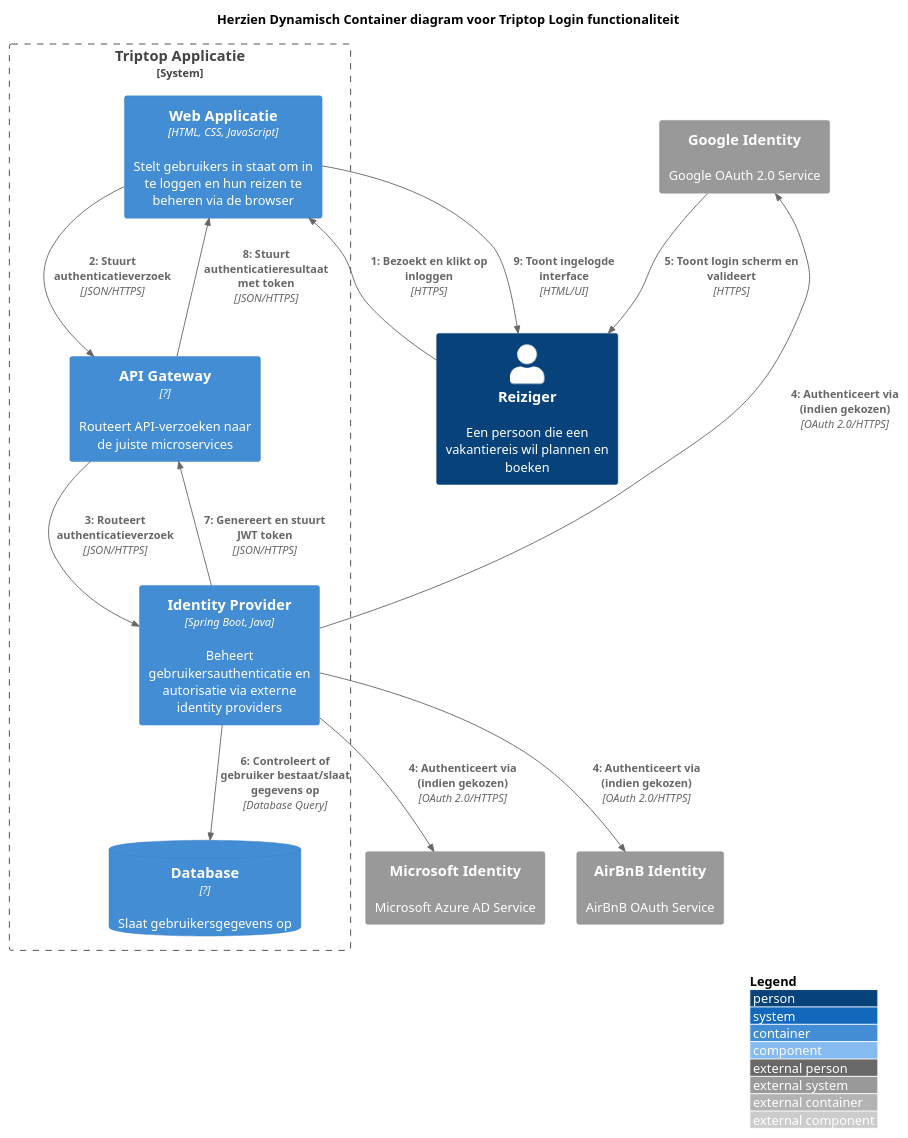
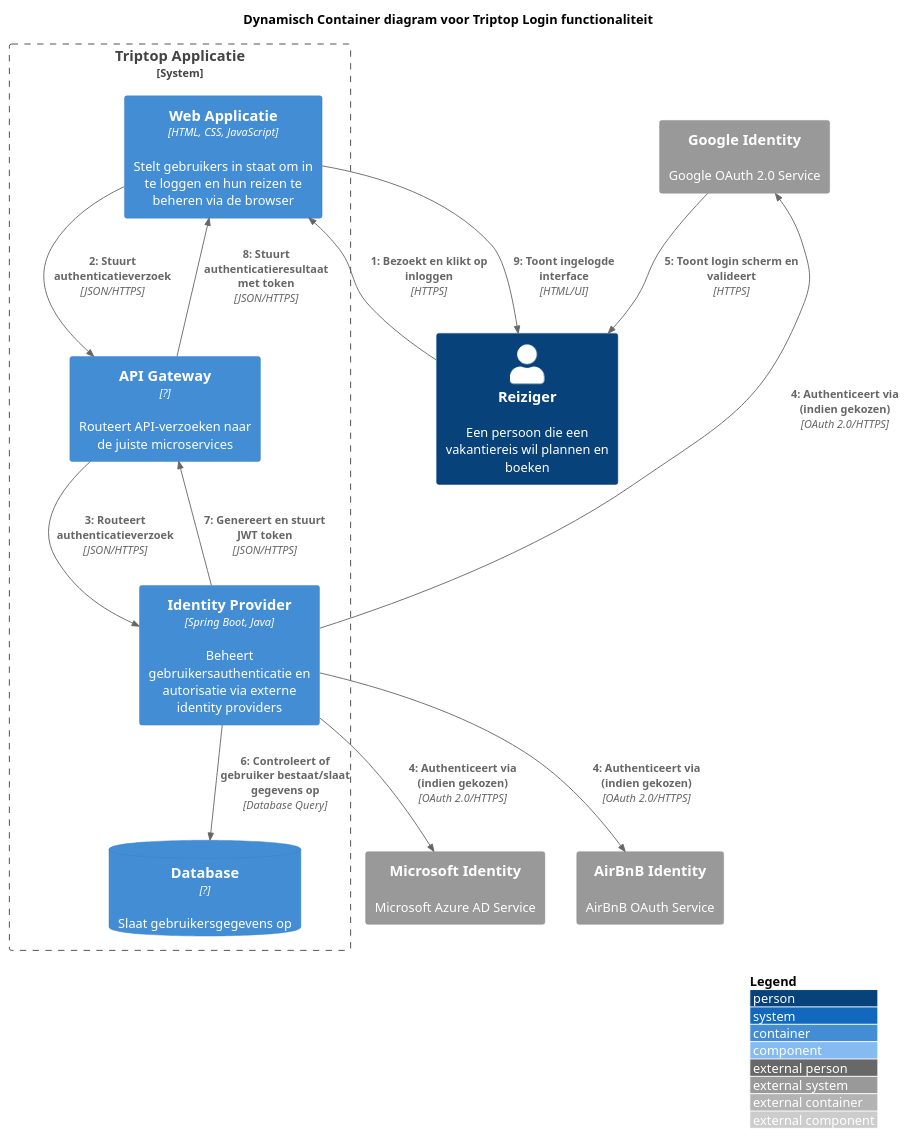
The diagram in oefeningen/logincontainer.puml (AIM-ENE-feb25/triptop-groep-5), drawn with PlantUML before and after one commit.

Commit message:
changed title

```diff
--- a/oefeningen/logincontainer.puml
+++ b/oefeningen/logincontainer.puml
@@ -1,38 +1,38 @@
 @startuml "Triptop Login - Herzien Dynamisch Container Diagram"
 !include https://raw.githubusercontent.com/plantuml-stdlib/C4-PlantUML/master/C4_Container.puml
 !include https://raw.githubusercontent.com/plantuml-stdlib/C4-PlantUML/master/C4_Dynamic.puml
 
 LAYOUT_WITH_LEGEND()
 
-title Herzien Dynamisch Container diagram voor Triptop Login functionaliteit
+title Dynamisch Container diagram voor Triptop Login functionaliteit
 
 Person(reiziger, "Reiziger", "Een persoon die een vakantiereis wil plannen en boeken")
 
 System_Boundary(triptopSysteem, "Triptop Applicatie") {
     Container(webApp, "Web Applicatie", "HTML, CSS, JavaScript", "Stelt gebruikers in staat om in te loggen en hun reizen te beheren via de browser")
 
     Container(apiGateway, "API Gateway", "?", "Routeert API-verzoeken naar de juiste microservices")
 
     Container(identityProvider, "Identity Provider", "Spring Boot, Java", "Beheert gebruikersauthenticatie en autorisatie via externe identity providers")
 
     ContainerDb(Db, "Database", "?", "Slaat gebruikersgegevens op")
 }
 
 System_Ext(googleIdentity, "Google Identity", "Google OAuth 2.0 Service")
 System_Ext(microsoftIdentity, "Microsoft Identity", "Microsoft Azure AD Service")
 System_Ext(airbnbIdentity, "AirBnB Identity", "AirBnB OAuth Service")
 
 ' Dynamische interacties met nummering om de volgorde aan te geven
 RelIndex(1, reiziger, webApp, "Bezoekt en klikt op inloggen", "HTTPS")
 RelIndex(2, webApp, apiGateway, "Stuurt authenticatieverzoek", "JSON/HTTPS")
 RelIndex(3, apiGateway, identityProvider, "Routeert authenticatieverzoek", "JSON/HTTPS")
 RelIndex(4, identityProvider, googleIdentity, "Authenticeert via (indien gekozen)", "OAuth 2.0/HTTPS")
 RelIndex(4, identityProvider, microsoftIdentity, "Authenticeert via (indien gekozen)", "OAuth 2.0/HTTPS")
 RelIndex(4, identityProvider, airbnbIdentity, "Authenticeert via (indien gekozen)", "OAuth 2.0/HTTPS")
 RelIndex(5, googleIdentity, reiziger, "Toont login scherm en valideert", "HTTPS")
 RelIndex(6, identityProvider, Db, "Controleert of gebruiker bestaat/slaat gegevens op", "Database Query")
 RelIndex(7, identityProvider, apiGateway, "Genereert en stuurt JWT token", "JSON/HTTPS")
 RelIndex(8, apiGateway, webApp, "Stuurt authenticatieresultaat met token", "JSON/HTTPS")
 RelIndex(9, webApp, reiziger, "Toont ingelogde interface", "HTML/UI")
 
 @enduml
```
